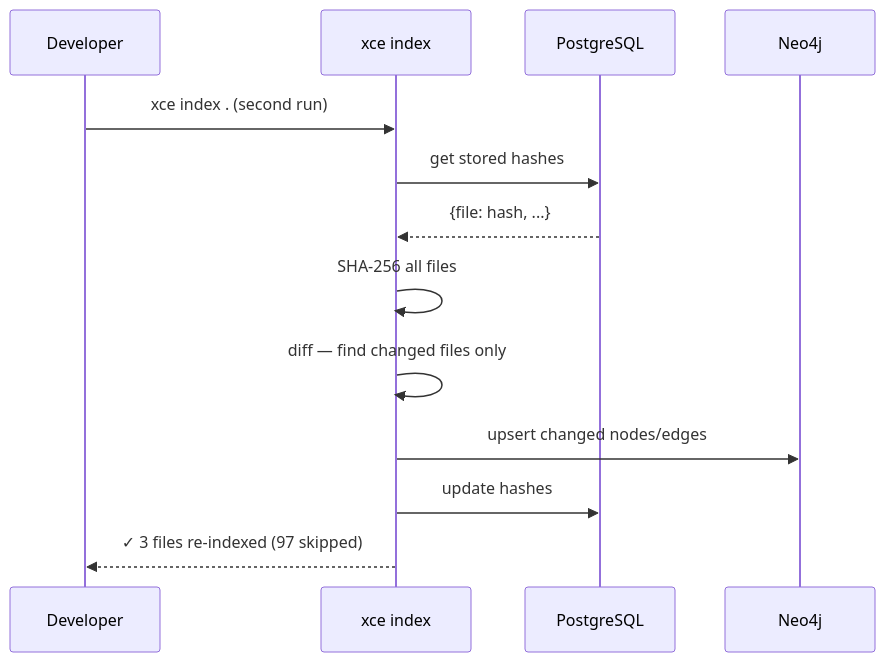
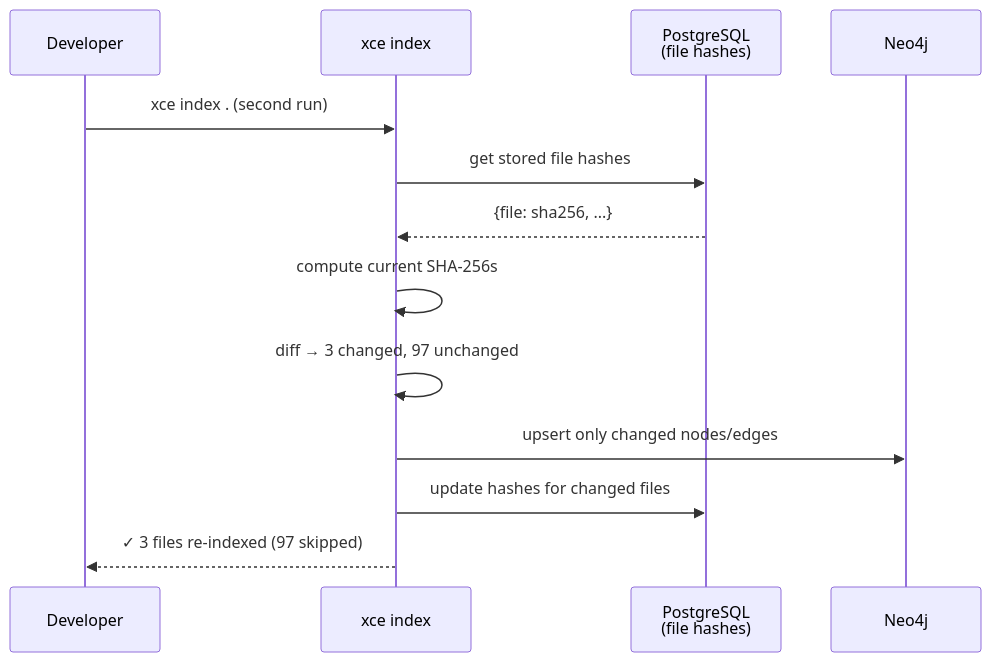
Before and after one commit to Xanther-Ai/xanther-context-engine: the fifth of 5 diagrams in README.md, drawn with Mermaid. The commit also changed other lines of this file, not shown here.

Commit message:
docs: comprehensive XCE README with SWE-bench benchmarks, PRAT, Mermaid diagrams, all previous content restored

````diff
--- a/README.md
+++ b/README.md
@@ -191,16 +226,16 @@
 ```mermaid
 sequenceDiagram
     participant Dev as Developer
     participant XCE as xce index
-    participant PG as PostgreSQL
+    participant PG as PostgreSQL<br/>(file hashes)
     participant NEO4J as Neo4j
 
     Dev->>XCE: xce index . (second run)
-    XCE->>PG: get stored hashes
-    PG-->>XCE: {file: hash, ...}
-    XCE->>XCE: SHA-256 all files
-    XCE->>XCE: diff — find changed files only
-    XCE->>NEO4J: upsert changed nodes/edges
-    XCE->>PG: update hashes
+    XCE->>PG: get stored file hashes
+    PG-->>XCE: {file: sha256, ...}
+    XCE->>XCE: compute current SHA-256s
+    XCE->>XCE: diff → 3 changed, 97 unchanged
+    XCE->>NEO4J: upsert only changed nodes/edges
+    XCE->>PG: update hashes for changed files
     XCE-->>Dev: ✓ 3 files re-indexed (97 skipped)
 ```
````
